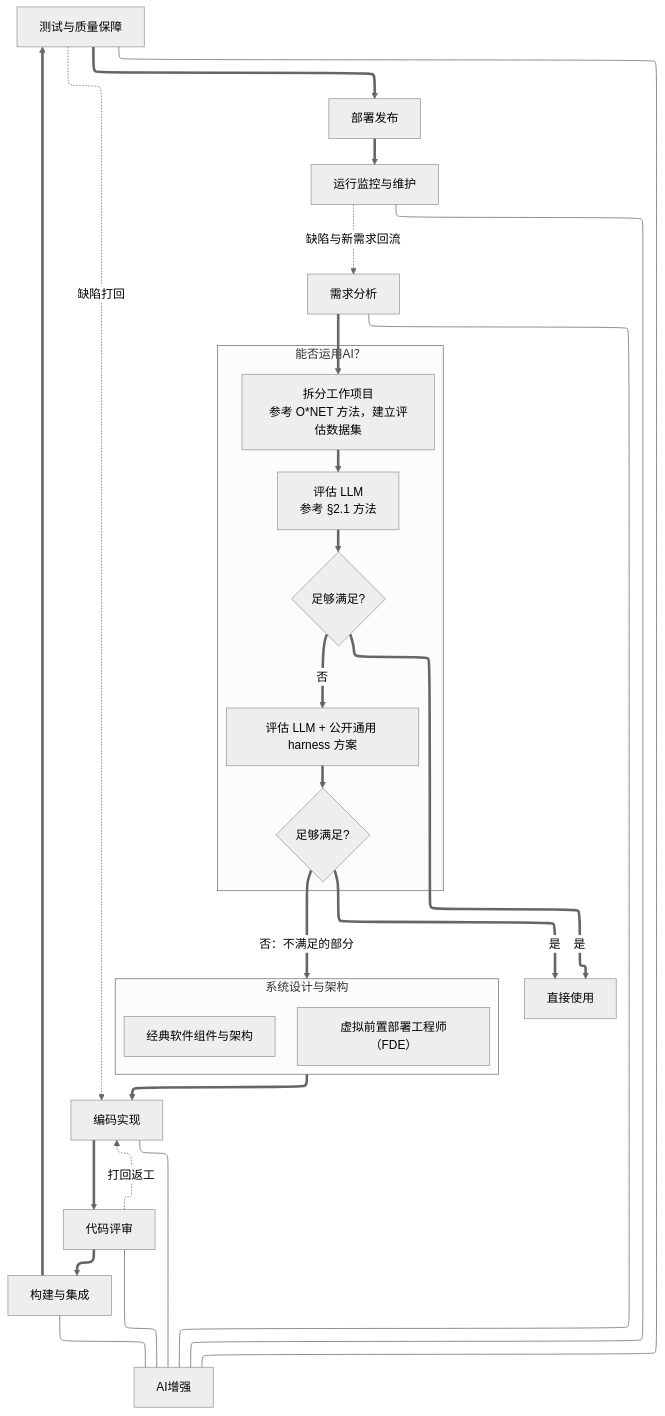
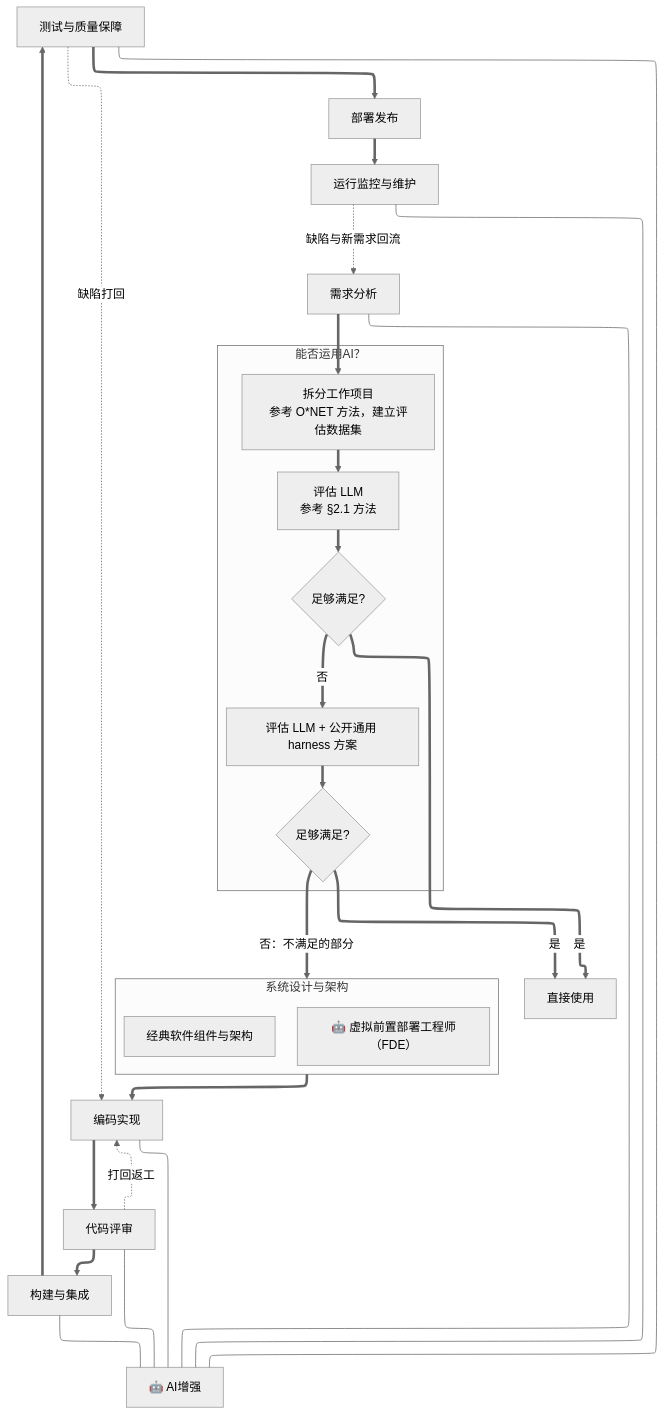
The second of 2 diagrams in chat/AIKnowledgeLabor.md (AI-LLM/Controversy), drawn with Mermaid (neutral theme) before and after one commit.

````diff
--- a/chat/AIKnowledgeLabor.md
+++ b/chat/AIKnowledgeLabor.md
@@ -628,38 +628,38 @@
 ```mermaid
 ---
 config:
   layout: elk
 ---
 graph TD
     R[需求分析] ==> A1
     subgraph SP [能否运用AI？]
         direction TB
         A1[拆分工作项目<br/>参考 O*NET 方法，建立评估数据集] ==> A2[评估 LLM<br/>参考 §2.1 方法]
         A2 ==> Q1{足够满足?}
         Q1 == 否 ==> A3[评估 LLM + 公开通用 harness 方案]
         A3 ==> Q2{足够满足?}
     end
     Q1 == 是 ==> U[直接使用]
     Q2 == 是 ==> U
     subgraph D [系统设计与架构]
         direction TB
         D1[经典软件组件与架构]
-        D2[虚拟前置部署工程师（FDE）]
+        D2[🤖 虚拟前置部署工程师（FDE）]
     end
     Q2 == 否：不满足的部分 ==> D
     D ==> C[编码实现]
     C ==> CR[代码评审]
     CR ==> IG[构建与集成]
     IG ==> T[测试与质量保障]
     T ==> DP[部署发布]
     DP ==> MO[运行监控与维护]
     CR -. 打回返工 .-> C
     T -. 缺陷打回 .-> C
     MO -. 缺陷与新需求回流 .-> R
-    R --- AIE[AI增强]
+    R --- AIE[🤖 AI增强]
     C --- AIE
     CR --- AIE
     IG --- AIE
     T --- AIE
     MO --- AIE
 ```
````
